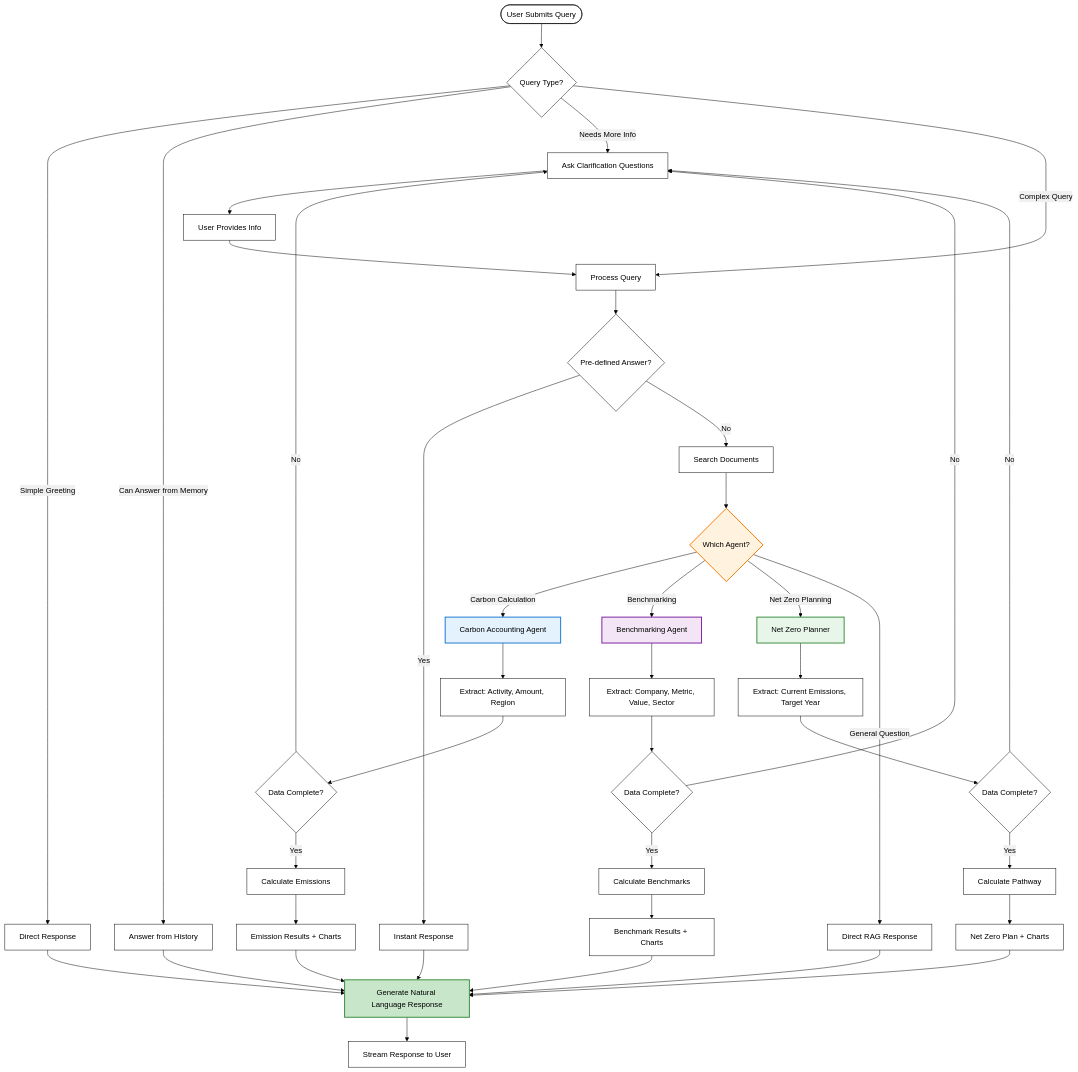
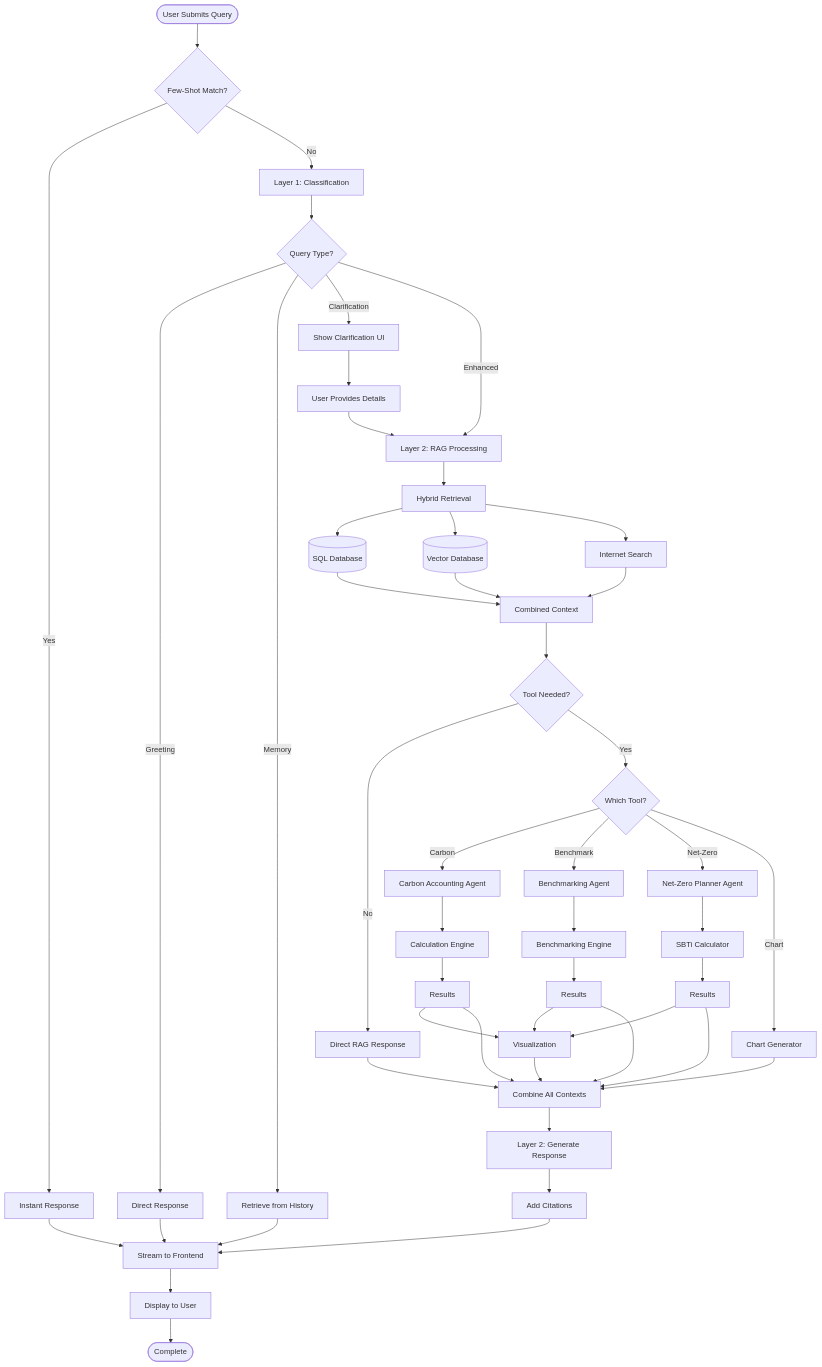
The third of 11 diagrams in README.md (VaibhavYadavAntino/Fitsol), drawn with Mermaid before and after one commit. The commit also changed other lines of this file, not shown here.

````diff
--- a/README.md
+++ b/README.md
@@ -161,60 +159,63 @@
 ```mermaid
-%%{init: {'theme':'base', 'themeVariables': { 'primaryColor':'#ffffff', 'primaryTextColor':'#000000', 'primaryBorderColor':'#000000', 'lineColor':'#000000', 'secondaryColor':'#f0f0f0', 'tertiaryColor':'#e0e0e0'}}}%%
-graph TD
-    START([User Submits Query]) --> CLASSIFY{Query Type?}
+graph TB
+    Start([User Submits Query]) --> FewShot{Few-Shot Match?}
+    FewShot -->|Yes| Instant[Instant Response]
+    FewShot -->|No| Layer1[Layer 1: Classification]
     
-    CLASSIFY -->|Simple Greeting| GREET[Direct Response]
-    CLASSIFY -->|Can Answer from Memory| MEMORY[Answer from History]
-    CLASSIFY -->|Needs More Info| CLARIFY[Ask Clarification Questions]
-    CLASSIFY -->|Complex Query| PROCESS[Process Query]
+    Layer1 --> Check1{Query Type?}
+    Check1 -->|Greeting| Greeting[Direct Response]
+    Check1 -->|Memory| Memory[Retrieve from History]
+    Check1 -->|Clarification| Clarify[Show Clarification UI]
+    Check1 -->|Enhanced| Layer2[Layer 2: RAG Processing]
     
-    CLARIFY --> USER_INPUT[User Provides Info]
-    USER_INPUT --> PROCESS
+    Clarify --> UserInput[User Provides Details]
+    UserInput --> Layer2
     
-    PROCESS --> FEW_SHOT{Pre-defined Answer?}
-    FEW_SHOT -->|Yes| INSTANT[Instant Response]
-    FEW_SHOT -->|No| SEARCH[Search Documents]
+    Layer2 --> HybridRetrieval[Hybrid Retrieval]
+    HybridRetrieval --> SQLDB[(SQL Database)]
+    HybridRetrieval --> VectorDB[(Vector Database)]
+    HybridRetrieval --> Internet[Internet Search]
     
-    SEARCH --> ROUTE{Which Agent?}
+    SQLDB --> Context[Combined Context]
+    VectorDB --> Context
+    Internet --> Context
     
-    ROUTE -->|Carbon Calculation| CARBON[Carbon Accounting Agent]
-    ROUTE -->|Benchmarking| BENCH[Benchmarking Agent]
-    ROUTE -->|Net Zero Planning| NETZERO[Net Zero Planner]
-    ROUTE -->|General Question| RAG[Direct RAG Response]
+    Context --> ToolRouter{Tool Needed?}
+    ToolRouter -->|No| DirectRAG[Direct RAG Response]
+    ToolRouter -->|Yes| SelectTool{Which Tool?}
     
-    CARBON --> EXTRACT1[Extract: Activity, Amount, Region]
-    BENCH --> EXTRACT2[Extract: Company, Metric, Value, Sector]
-    NETZERO --> EXTRACT3[Extract: Current Emissions, Target Year]
+    SelectTool -->|Carbon| CarbonAgent[Carbon Accounting Agent]
+    SelectTool -->|Benchmark| BenchAgent[Benchmarking Agent]
+    SelectTool -->|Net-Zero| NetZeroAgent[Net-Zero Planner Agent]
+    SelectTool -->|Chart| ChartGen[Chart Generator]
     
-    EXTRACT1 --> CHECK1{Data Complete?}
-    EXTRACT2 --> CHECK2{Data Complete?}
-    EXTRACT3 --> CHECK3{Data Complete?}
+    CarbonAgent --> CarbonCalc[Calculation Engine]
+    BenchAgent --> BenchCalc[Benchmarking Engine]
+    NetZeroAgent --> NetZeroCalc[SBTi Calculator]
     
-    CHECK1 -->|No| CLARIFY
-    CHECK2 -->|No| CLARIFY
-    CHECK3 -->|No| CLARIFY
+    CarbonCalc --> CarbonResult[Results]
+    BenchCalc --> BenchResult[Results]
+    NetZeroCalc --> NetZeroResult[Results]
     
-    CHECK1 -->|Yes| CALC1[Calculate Emissions]
-    CHECK2 -->|Yes| CALC2[Calculate Benchmarks]
-    CHECK3 -->|Yes| CALC3[Calculate Pathway]
+    CarbonResult --> Viz[Visualization]
+    BenchResult --> Viz
+    NetZeroResult --> Viz
     
-    CALC1 --> RESULT1[Emission Results + Charts]
-    CALC2 --> RESULT2[Benchmark Results + Charts]
-    CALC3 --> RESULT3[Net Zero Plan + Charts]
+    DirectRAG --> Combine[Combine All Contexts]
+    CarbonResult --> Combine
+    BenchResult --> Combine
+    NetZeroResult --> Combine
+    ChartGen --> Combine
+    Viz --> Combine
     
-    RESULT1 --> RESPONSE[Generate Natural Language Response]
-    RESULT2 --> RESPONSE
-    RESULT3 --> RESPONSE
-    RAG --> RESPONSE
-    INSTANT --> RESPONSE
-    MEMORY --> RESPONSE
-    GREET --> RESPONSE
+    Combine --> Layer2Gen[Layer 2: Generate Response]
+    Layer2Gen --> Citations[Add Citations]
+    Citations --> Stream[Stream to Frontend]
     
-    RESPONSE --> STREAM[Stream Response to User]
+    Greeting --> Stream
+    Memory --> Stream
+    Instant --> Stream
     
-    style CARBON fill:#e3f2fd,stroke:#1976d2,stroke-width:2px,color:#000
-    style BENCH fill:#f3e5f5,stroke:#7b1fa2,stroke-width:2px,color:#000
-    style NETZERO fill:#e8f5e9,stroke:#388e3c,stroke-width:2px,color:#000
-    style ROUTE fill:#fff3e0,stroke:#f57c00,stroke-width:2px,color:#000
-    style RESPONSE fill:#c8e6c9,stroke:#388e3c,stroke-width:2px,color:#000
+    Stream --> Display[Display to User]
+    Display --> End([Complete])
 ```
````
